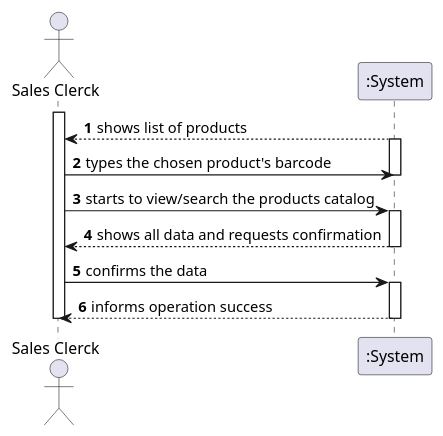
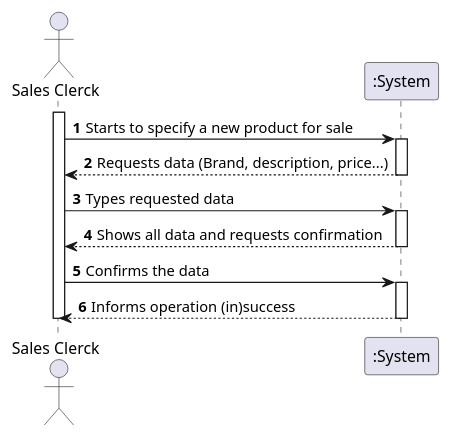
Before and after one commit to marttuga/LAPR4-SmartSystems: the diagram in docs/Sprint2/US1001/US1001_SSD.puml, drawn with PlantUML.

Commit message:
<L2L20-1> <L2L20-17> US-1001: Design: Updated US1001 SSD

```diff
--- a/docs/Sprint2/US1001/US1001_SSD.puml
+++ b/docs/Sprint2/US1001/US1001_SSD.puml
@@ -1,27 +1,27 @@
 @startuml
 autonumber
 actor "Sales Clerck" as SC
 
 activate SC
 
-":System" --> SC : shows list of products
+SC -> ":System" : Starts to specify a new product for sale
 activate ":System"
 
-SC -> ":System" : types the chosen product's barcode
+":System" --> SC : Requests data (Brand, description, price...)
 deactivate ":System"
 
-SC -> ":System" : starts to view/search the products catalog
+SC -> ":System" : Types requested data
 activate ":System"
 
-":System" --> SC :shows all data and requests confirmation
+":System" --> SC :Shows all data and requests confirmation
 deactivate ":System"
-SC -> ":System" : confirms the data
+
+SC -> ":System" : Confirms the data
 
 activate ":System"
-":System" --> SC : informs operation success
+":System" --> SC : Informs operation (in)success
 deactivate ":System"
 
-deactivate ":System"
 deactivate SC
 
 @enduml
```
